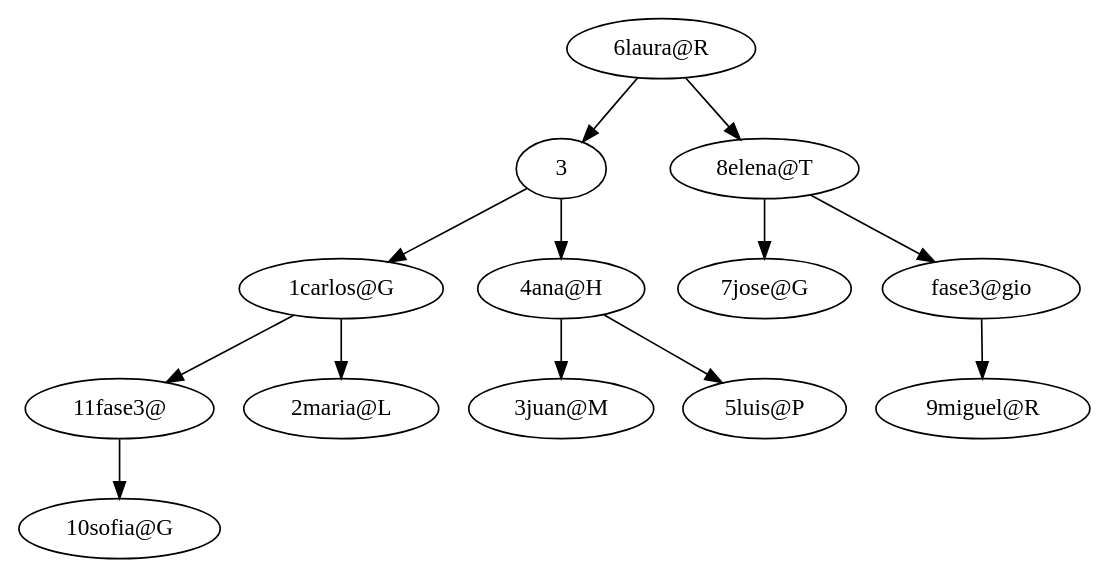
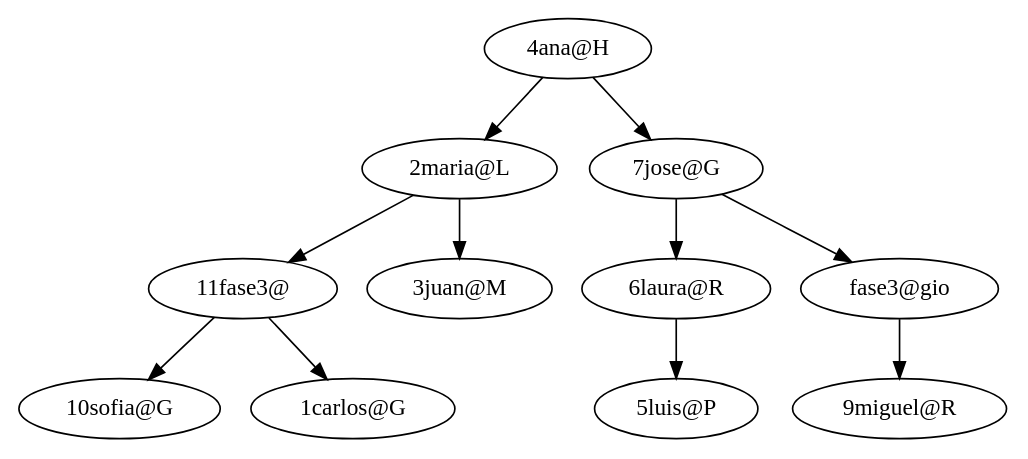
One commit to Ggi0/-EDD-Proyecto_202100229 changed the diagram in fase3/usuarios/reportes/AVL.dot. Above: the diagram before and after it, drawn with Graphviz. The commit also changed 13 other files, not shown here.

```diff
--- a/fase3/usuarios/reportes/AVL.dot
+++ b/fase3/usuarios/reportes/AVL.dot
@@ -1,27 +1,23 @@
 digraph G {
-Nodo0x7fe8317a73b0[label = "6laura@R"]
-Nodo0x7fe8317a73b0->Nodo0x7fe82bce2ab0
-Nodo0x7fe8317a73b0->Nodo0x7fe8317a9400
-Nodo0x7fe82bce2ab0[label = "3"]
-Nodo0x7fe82bce2ab0->Nodo0x7fe8317a1480
-Nodo0x7fe82bce2ab0->Nodo0x7fe83179d210
-Nodo0x7fe8317a1480[label = "1carlos@G"]
-Nodo0x7fe8317a1480->Nodo0x7fe831719ab0
-Nodo0x7fe8317a1480->Nodo0x7fe8317a58c0
-Nodo0x7fe831719ab0[label = "11fase3@"]
-Nodo0x7fe831719ab0->Nodo0x7fe8317a96e0
-Nodo0x7fe8317a96e0[label = "10sofia@G"]
-Nodo0x7fe8317a58c0[label = "2maria@L"]
-Nodo0x7fe83179d210[label = "4ana@H"]
-Nodo0x7fe83179d210->Nodo0x7fe8317a0ea0
-Nodo0x7fe83179d210->Nodo0x7fe8317a1dc0
-Nodo0x7fe8317a0ea0[label = "3juan@M"]
-Nodo0x7fe8317a1dc0[label = "5luis@P"]
-Nodo0x7fe8317a9400[label = "8elena@T"]
-Nodo0x7fe8317a9400->Nodo0x7fe8317a7220
-Nodo0x7fe8317a9400->Nodo0x7fe8317a9db0
-Nodo0x7fe8317a7220[label = "7jose@G"]
-Nodo0x7fe8317a9db0[label = "fase3@gio"]
-Nodo0x7fe8317a9db0->Nodo0x7fe83179a9e0
-Nodo0x7fe83179a9e0[label = "9miguel@R"]
+Nodo0x7ff0c6c6c6a0[label = "4ana@H"]
+Nodo0x7ff0c6c6c6a0->Nodo0x7ff0c6c62890
+Nodo0x7ff0c6c6c6a0->Nodo0x7ff0c0f76a20
+Nodo0x7ff0c6c62890[label = "2maria@L"]
+Nodo0x7ff0c6c62890->Nodo0x7ff0c6c485f0
+Nodo0x7ff0c6c62890->Nodo0x7ff0c6c695c0
+Nodo0x7ff0c6c485f0[label = "11fase3@"]
+Nodo0x7ff0c6c485f0->Nodo0x7ff0c6c4c920
+Nodo0x7ff0c6c485f0->Nodo0x7ff0c6c5f690
+Nodo0x7ff0c6c4c920[label = "10sofia@G"]
+Nodo0x7ff0c6c5f690[label = "1carlos@G"]
+Nodo0x7ff0c6c695c0[label = "3juan@M"]
+Nodo0x7ff0c0f76a20[label = "7jose@G"]
+Nodo0x7ff0c0f76a20->Nodo0x7ff0c6c59f40
+Nodo0x7ff0c0f76a20->Nodo0x7ff0c6c6c540
+Nodo0x7ff0c6c59f40[label = "6laura@R"]
+Nodo0x7ff0c6c59f40->Nodo0x7ff0c6c67590
+Nodo0x7ff0c6c67590[label = "5luis@P"]
+Nodo0x7ff0c6c6c540[label = "fase3@gio"]
+Nodo0x7ff0c6c6c540->Nodo0x7ff0c6c61cc0
+Nodo0x7ff0c6c61cc0[label = "9miguel@R"]
 }
```
